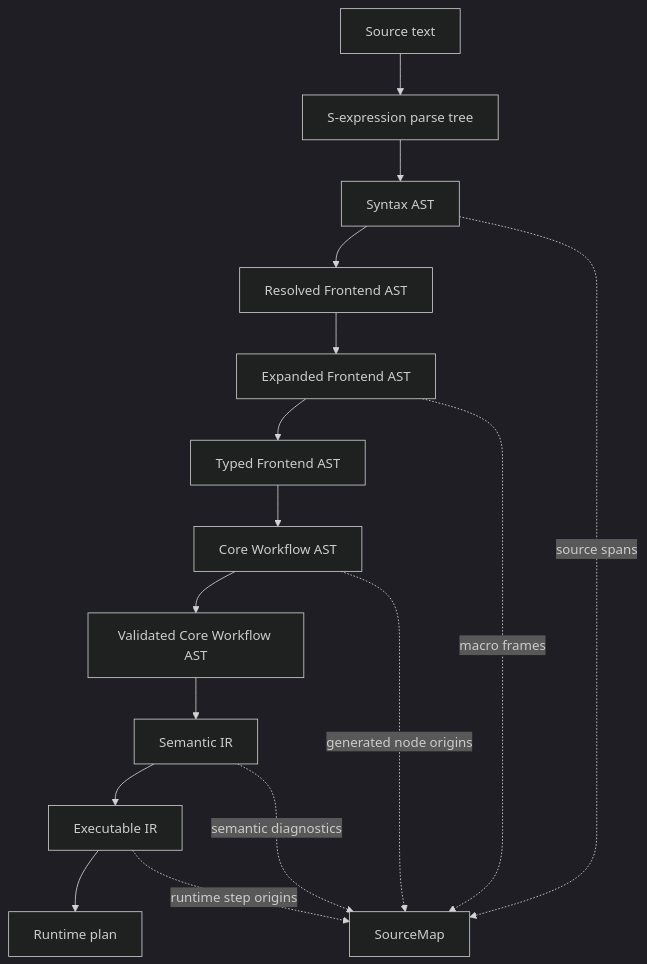
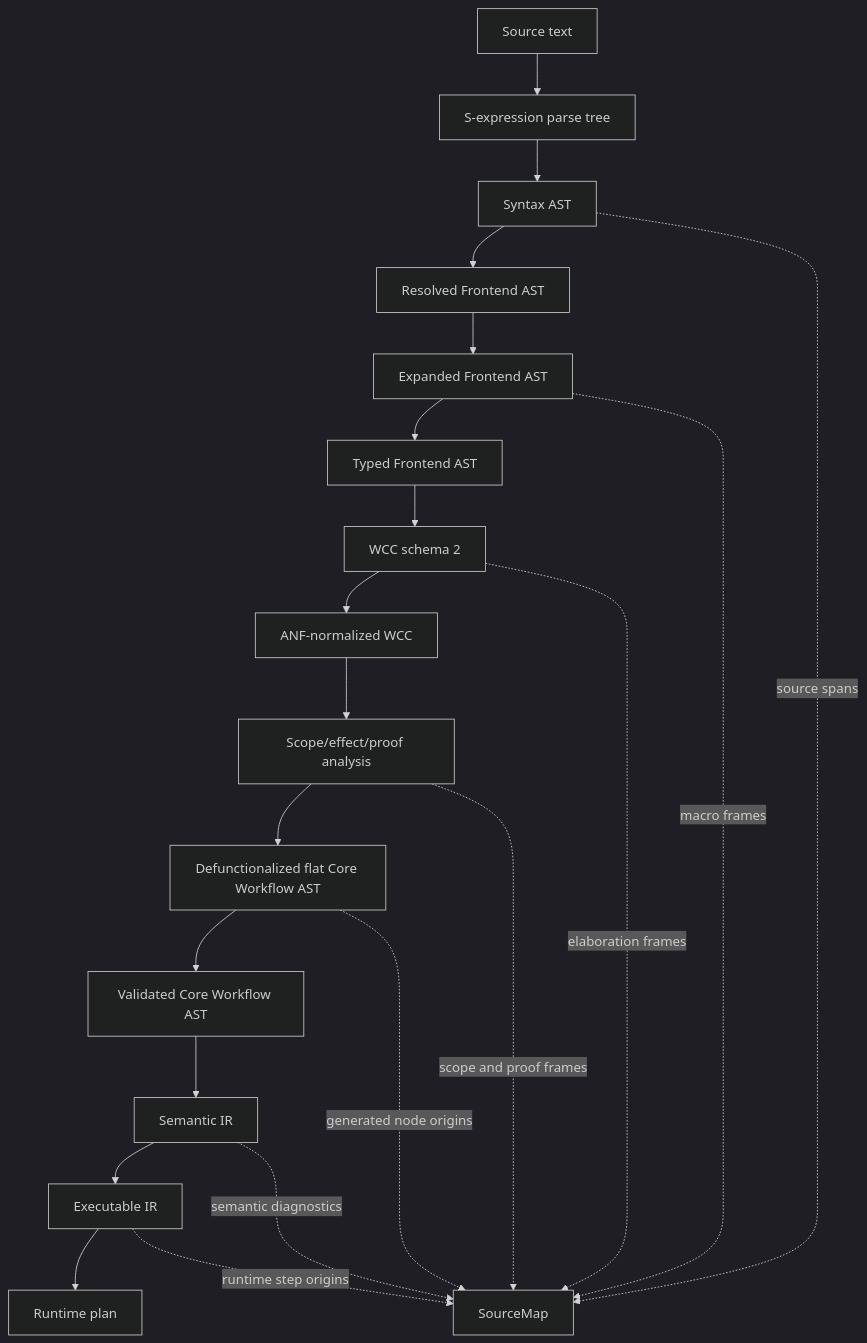
The seventh of 9 diagrams in docs/design/workflow_lisp_frontend_specification.md (hoidn/agent-orchestration), drawn with Mermaid (dark theme) before and after one commit. The commit also changed other lines of this file and 6 other files, not shown here.

````diff
--- a/docs/design/workflow_lisp_frontend_specification.md
+++ b/docs/design/workflow_lisp_frontend_specification.md
@@ -2347,19 +2378,24 @@
 ```mermaid
 flowchart TD
     Source["Source text"] --> SExpr["S-expression parse tree"]
     SExpr --> Syntax["Syntax AST"]
     Syntax --> Resolved["Resolved Frontend AST"]
     Resolved --> Expanded["Expanded Frontend AST"]
     Expanded --> Typed["Typed Frontend AST"]
-    Typed --> Core["Core Workflow AST"]
+    Typed --> WCC["WCC schema 2"]
+    WCC --> ANF["ANF-normalized WCC"]
+    ANF --> Scoped["Scope/effect/proof analysis"]
+    Scoped --> Core["Defunctionalized flat Core Workflow AST"]
     Core --> Validated["Validated Core Workflow AST"]
     Validated --> Semantic["Semantic IR"]
     Semantic --> Exec["Executable IR"]
     Exec --> Plan["Runtime plan"]
 
     Syntax -. source spans .-> SourceMap["SourceMap"]
     Expanded -. macro frames .-> SourceMap
+    WCC -. elaboration frames .-> SourceMap
+    Scoped -. scope and proof frames .-> SourceMap
     Core -. generated node origins .-> SourceMap
     Semantic -. semantic diagnostics .-> SourceMap
     Exec -. runtime step origins .-> SourceMap
 ```
````
